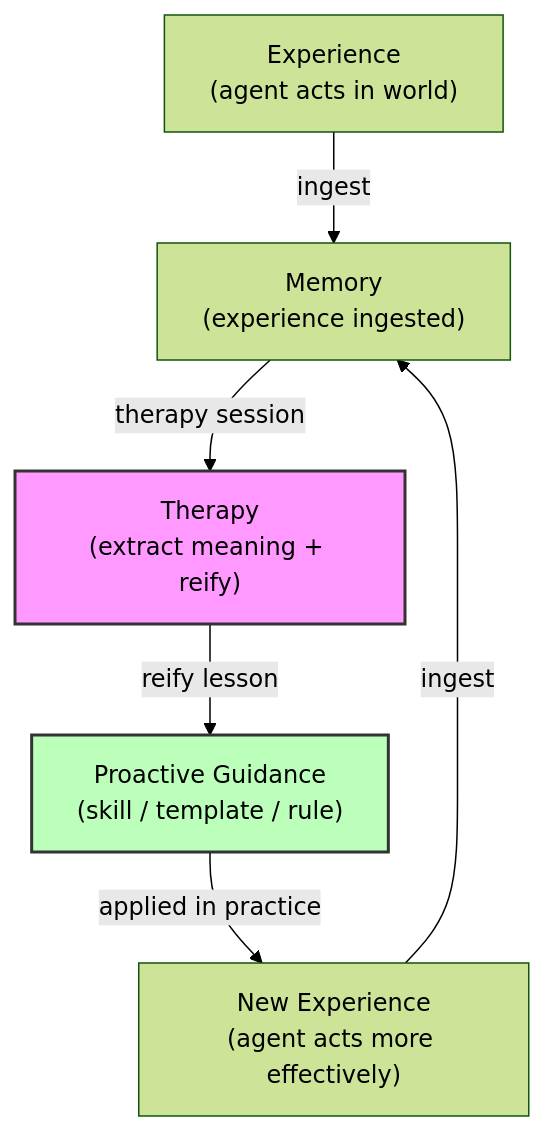
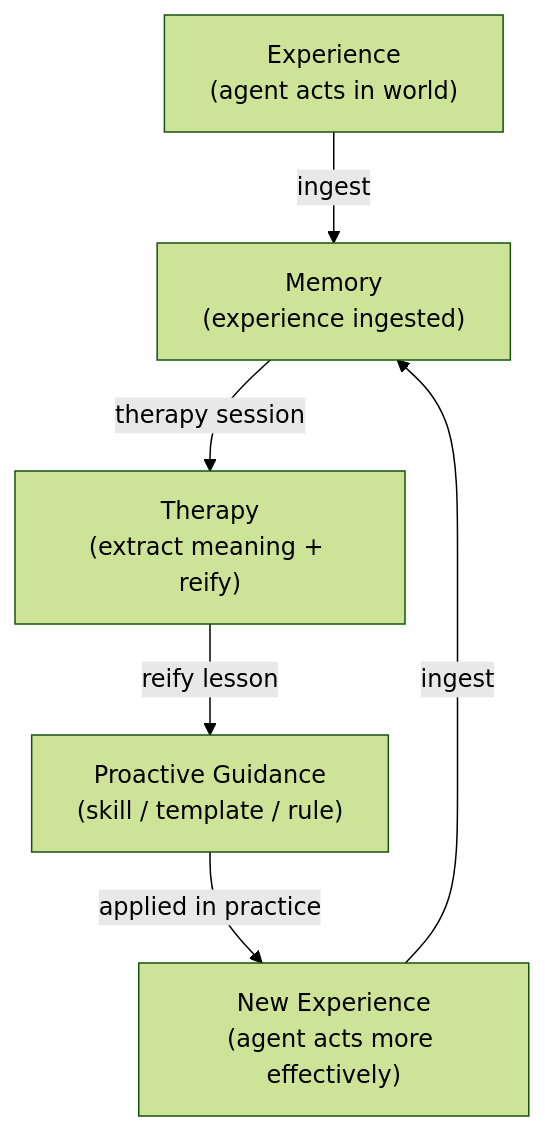
Before and after one commit to mdz-axo/zed-kask: the third of 9 diagrams in kask/docs/architecture/memory-system-and-therapy.md, drawn with Mermaid (forest theme). The commit also changed other lines of this file and 34 other files, not shown here.

````diff
--- a/kask/docs/architecture/memory-system-and-therapy.md
+++ b/kask/docs/architecture/memory-system-and-therapy.md
@@ -159,17 +184,14 @@
 ```mermaid
 graph TD
     Exp["Experience<br/>(agent acts in world)"]
     Mem["Memory<br/>(experience ingested)"]
     Therapy["Therapy<br/>(extract meaning + reify)"]
     Guidance["Proactive Guidance<br/>(skill / template / rule)"]
     NewExp["New Experience<br/>(agent acts more effectively)"]
 
     Exp -->|ingest| Mem
     Mem -->|therapy session| Therapy
     Therapy -->|reify lesson| Guidance
     Guidance -->|applied in practice| NewExp
     NewExp -->|ingest| Mem
-
-    style Therapy fill:#f9f,stroke:#333,stroke-width:2px
-    style Guidance fill:#bfb,stroke:#333,stroke-width:2px
 ```
````
